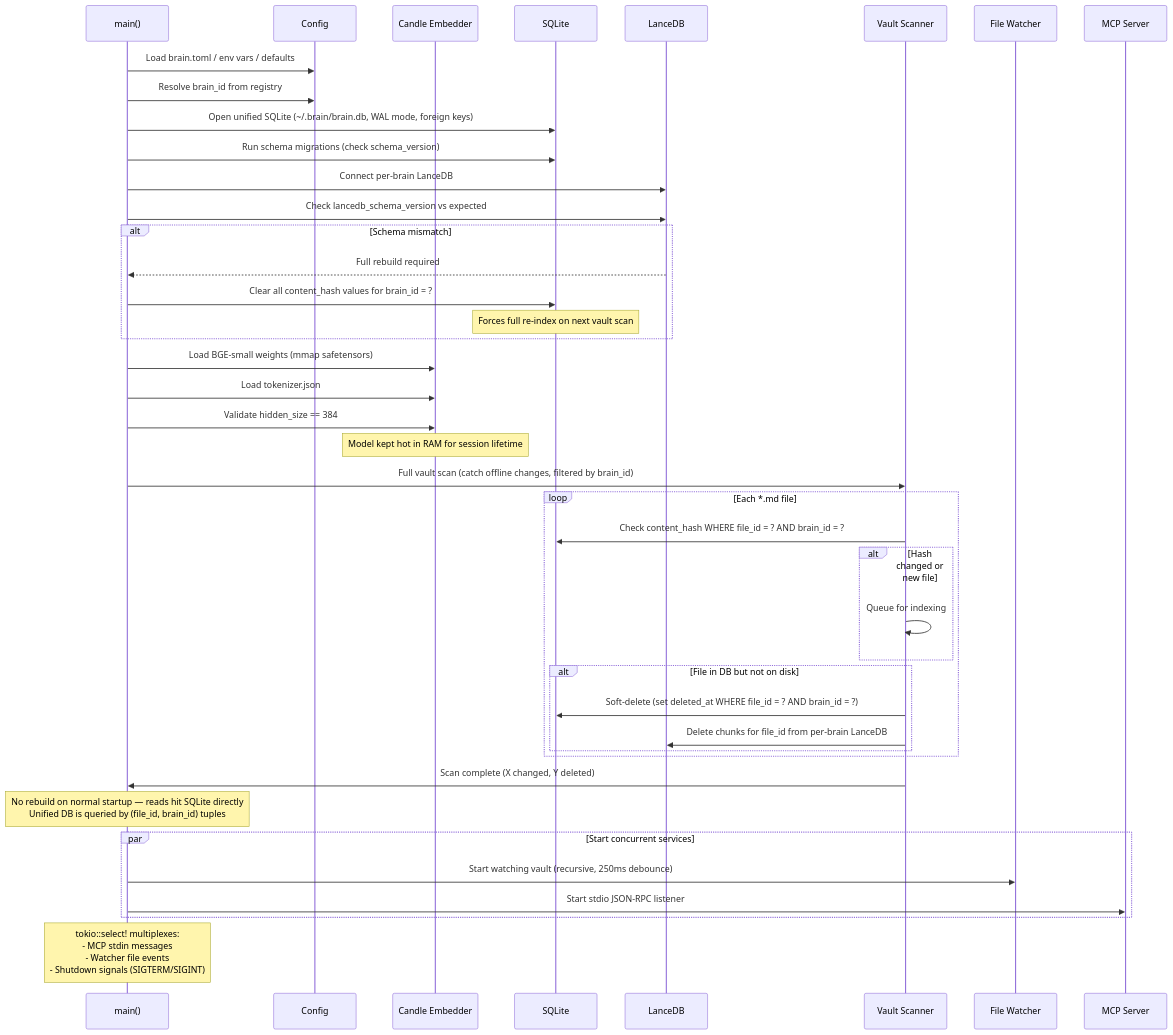
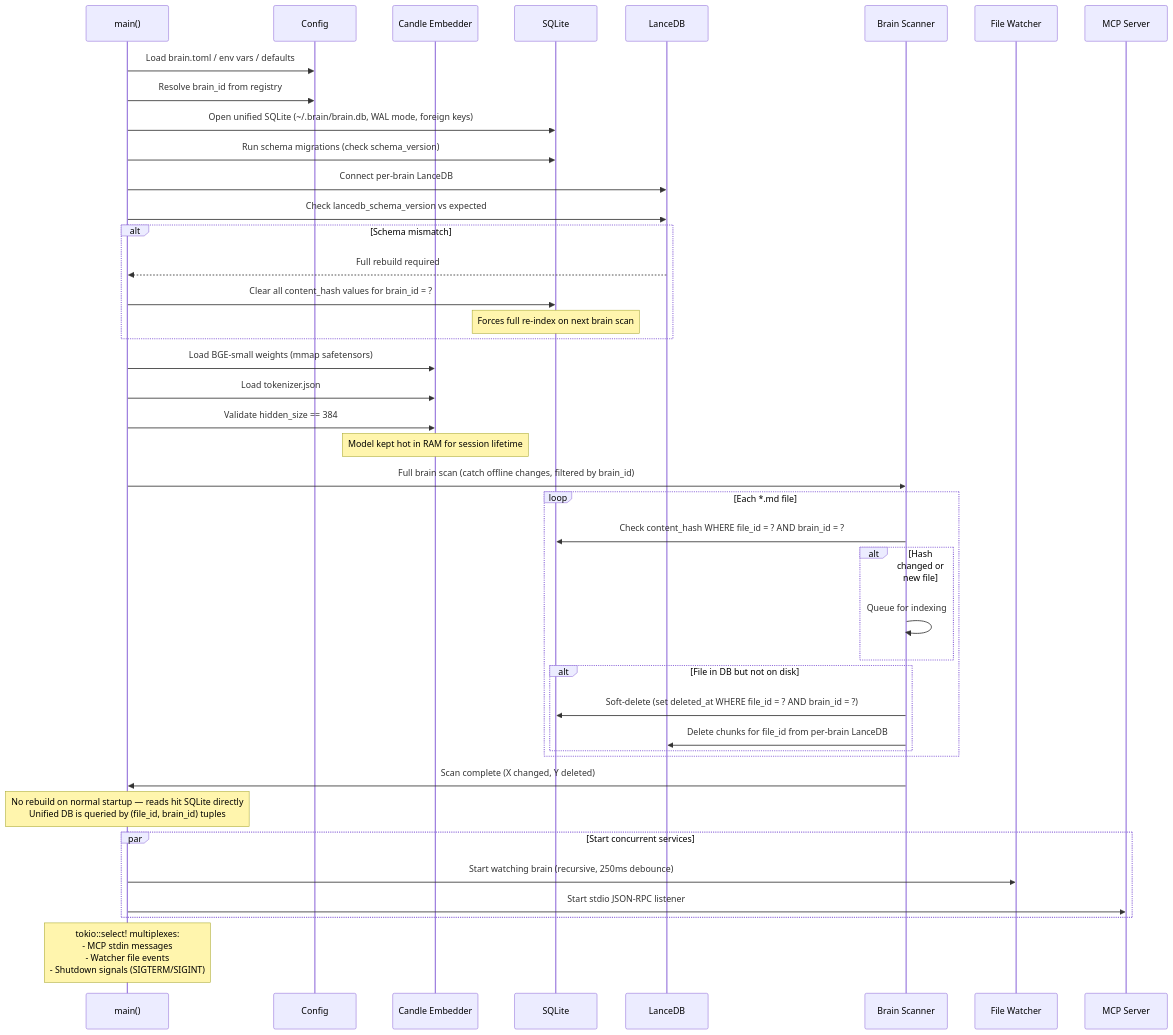
Before and after one commit to benediktms/brain: the second of 9 diagrams in docs/ARCHITECTURE.md, drawn with Mermaid. The commit also changed other lines of this file and 15 other files, not shown here.

First line of the commit message:
refactor: purge all "vault" references — replace with "brain"

````diff
--- a/docs/ARCHITECTURE.md
+++ b/docs/ARCHITECTURE.md
@@ -154,48 +154,48 @@
 ```mermaid
 sequenceDiagram
     participant Main as main()
     participant Config as Config
     participant Model as Candle Embedder
     participant DB as SQLite
     participant Vec as LanceDB
-    participant Scanner as Vault Scanner
+    participant Scanner as Brain Scanner
     participant Watcher as File Watcher
     participant MCP as MCP Server
 
     Main->>Config: Load brain.toml / env vars / defaults
     Main->>Config: Resolve brain_id from registry
     Main->>DB: Open unified SQLite (~/.brain/brain.db, WAL mode, foreign keys)
     Main->>DB: Run schema migrations (check schema_version)
     Main->>Vec: Connect per-brain LanceDB
     Main->>Vec: Check lancedb_schema_version vs expected
     alt Schema mismatch
         Vec-->>Main: Full rebuild required
         Main->>DB: Clear all content_hash values for brain_id = ?
-        Note over DB: Forces full re-index on next vault scan
+        Note over DB: Forces full re-index on next brain scan
     end
     Main->>Model: Load BGE-small weights (mmap safetensors)
     Main->>Model: Load tokenizer.json
     Main->>Model: Validate hidden_size == 384
     Note over Model: Model kept hot in RAM for session lifetime
 
-    Main->>Scanner: Full vault scan (catch offline changes, filtered by brain_id)
+    Main->>Scanner: Full brain scan (catch offline changes, filtered by brain_id)
     loop Each *.md file
         Scanner->>DB: Check content_hash WHERE file_id = ? AND brain_id = ?
         alt Hash changed or new file
             Scanner->>Scanner: Queue for indexing
         end
         alt File in DB but not on disk
             Scanner->>DB: Soft-delete (set deleted_at WHERE file_id = ? AND brain_id = ?)
             Scanner->>Vec: Delete chunks for file_id from per-brain LanceDB
         end
     end
     Scanner->>Main: Scan complete (X changed, Y deleted)
     Note over Main: No rebuild on normal startup — reads hit SQLite directly<br/>Unified DB is queried by (file_id, brain_id) tuples
 
     par Start concurrent services
-        Main->>Watcher: Start watching vault (recursive, 250ms debounce)
+        Main->>Watcher: Start watching brain (recursive, 250ms debounce)
         Main->>MCP: Start stdio JSON-RPC listener
     end
 
     Note over Main: tokio::select! multiplexes:<br/>- MCP stdin messages<br/>- Watcher file events<br/>- Shutdown signals (SIGTERM/SIGINT)
 ```
````
